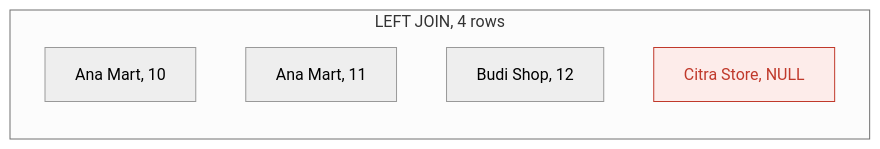
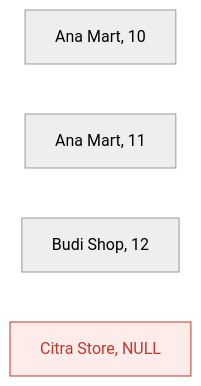
Before and after one commit to starjustice/research-material: the fourth of 9 diagrams in learn/database/02-joins.md, drawn with Mermaid (neutral theme). The commit also changed other lines of this file, not shown here.

````diff
--- a/learn/database/02-joins.md
+++ b/learn/database/02-joins.md
@@ -112,11 +138,8 @@
 ```mermaid
-graph LR
-    subgraph LEFT ["LEFT JOIN, 4 rows"]
-        L1["Ana Mart, 10"]
-        L2["Ana Mart, 11"]
-        L3["Budi Shop, 12"]
-        L4["Citra Store, NULL"]
-    end
+graph TB
+    L1["Ana Mart, 10"] ~~~ L2["Ana Mart, 11"]
+    L2 ~~~ L3["Budi Shop, 12"]
+    L3 ~~~ L4["Citra Store, NULL"]
     classDef empty fill:#fdecea,stroke:#c0392b,color:#c0392b
     class L4 empty
 ```
````
